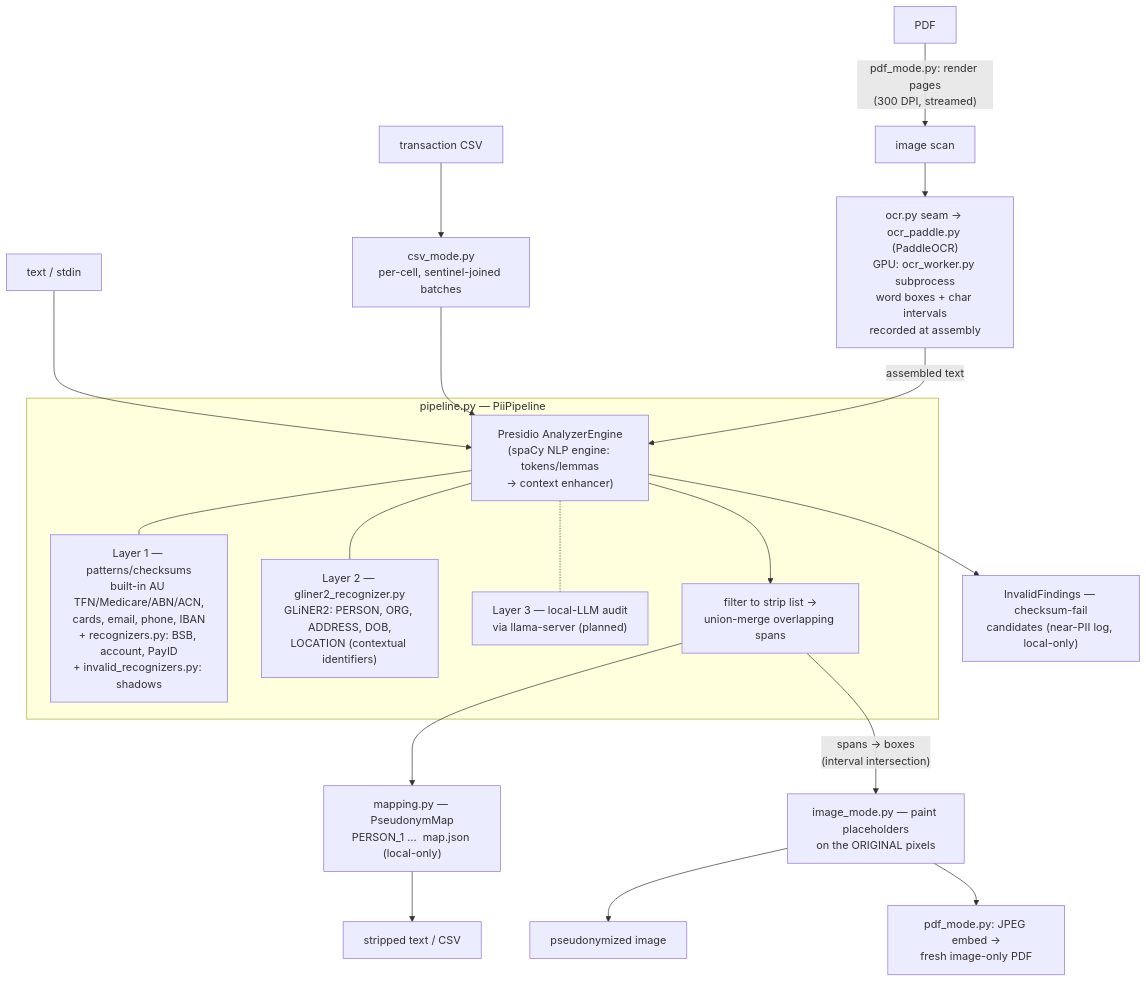
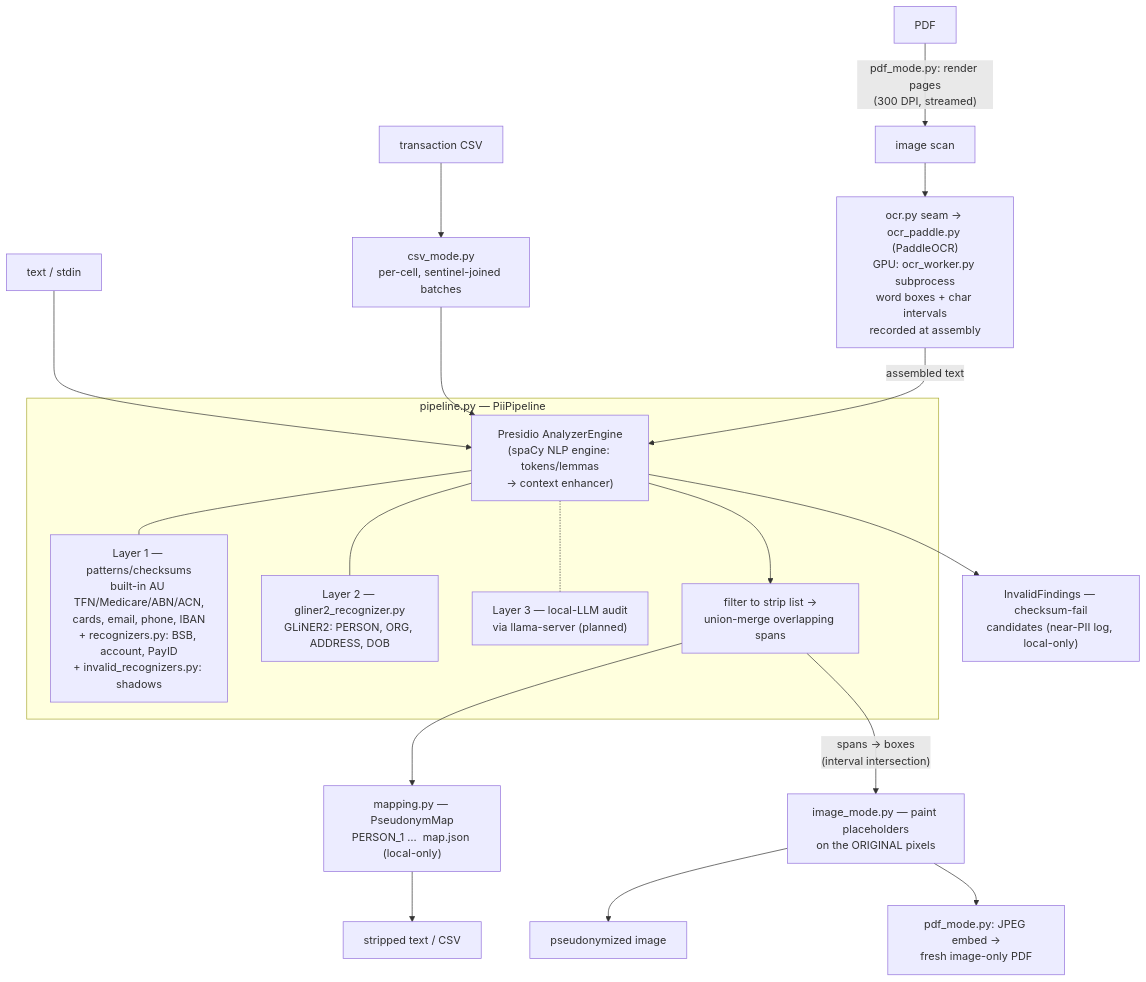
Before and after one commit to skoulik/BrokerAI: the diagram in pii/core/ARCHITECTURE.md, drawn with Mermaid. The commit also changed other lines of this file and 13 other files, not shown here.

````diff
--- a/pii/core/ARCHITECTURE.md
+++ b/pii/core/ARCHITECTURE.md
@@ -55,34 +55,34 @@
 ```mermaid
 flowchart TB
     TXT["text / stdin"]
     CSV["transaction CSV"]
     IMG["image scan"]
     PDF["PDF"]
 
     PDF -- "pdf_mode.py: render pages<br>(300 DPI, streamed)" --> IMG
     IMG --> OCRPY["ocr.py seam → ocr_paddle.py (PaddleOCR)<br>GPU: ocr_worker.py subprocess<br>word boxes + char intervals<br>recorded at assembly"]
     CSV --> CSVM["csv_mode.py<br>per-cell, sentinel-joined batches"]
 
     TXT --> AE
     CSVM --> AE
     OCRPY -- "assembled text" --> AE
 
     subgraph PIPE["pipeline.py — PiiPipeline"]
         AE["Presidio AnalyzerEngine<br>(spaCy NLP engine: tokens/lemmas<br>→ context enhancer)"]
         L1["Layer 1 — patterns/checksums<br>built-in AU TFN/Medicare/ABN/ACN,<br>cards, email, phone, IBAN<br>+ recognizers.py: BSB, account, PayID<br>+ invalid_recognizers.py: shadows"]
-        L2["Layer 2 — gliner2_recognizer.py<br>GLiNER2: PERSON, ORG, ADDRESS, DOB,<br>LOCATION (contextual identifiers)"]
+        L2["Layer 2 — gliner2_recognizer.py<br>GLiNER2: PERSON, ORG, ADDRESS, DOB"]
         L3["Layer 3 — local-LLM audit<br>via llama-server (planned)"]
         MRG["filter to strip list →<br>union-merge overlapping spans"]
         AE --- L1
         AE --- L2
         AE -.- L3
         AE --> MRG
     end
 
     MRG --> PM["mapping.py — PseudonymMap<br>PERSON_1 …  map.json (local-only)"]
     AE --> INV["InvalidFindings — checksum-fail<br>candidates (near-PII log, local-only)"]
     PM --> OUT1["stripped text / CSV"]
     MRG -- "spans → boxes<br>(interval intersection)" --> PAINT["image_mode.py — paint placeholders<br>on the ORIGINAL pixels"]
     PAINT --> OUT2["pseudonymized image"]
     PAINT --> OUT3["pdf_mode.py: JPEG embed →<br>fresh image-only PDF"]
 ```
````
